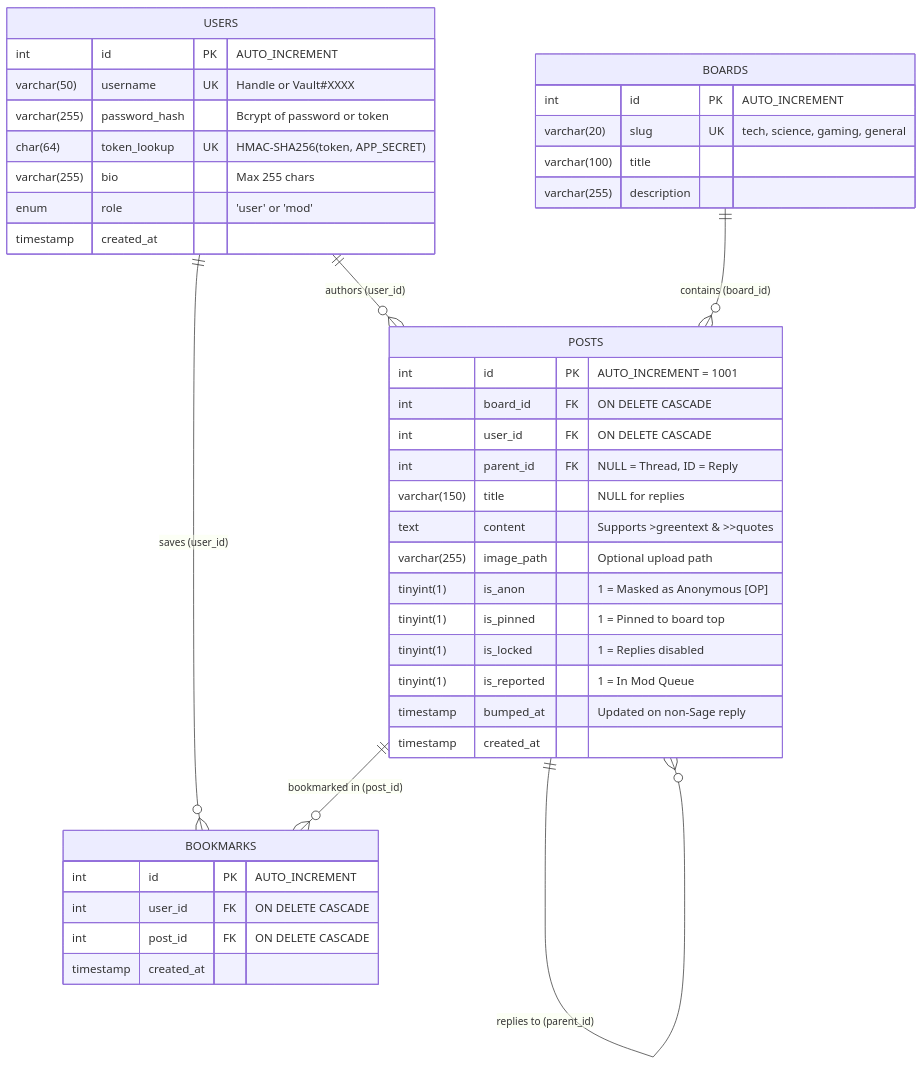
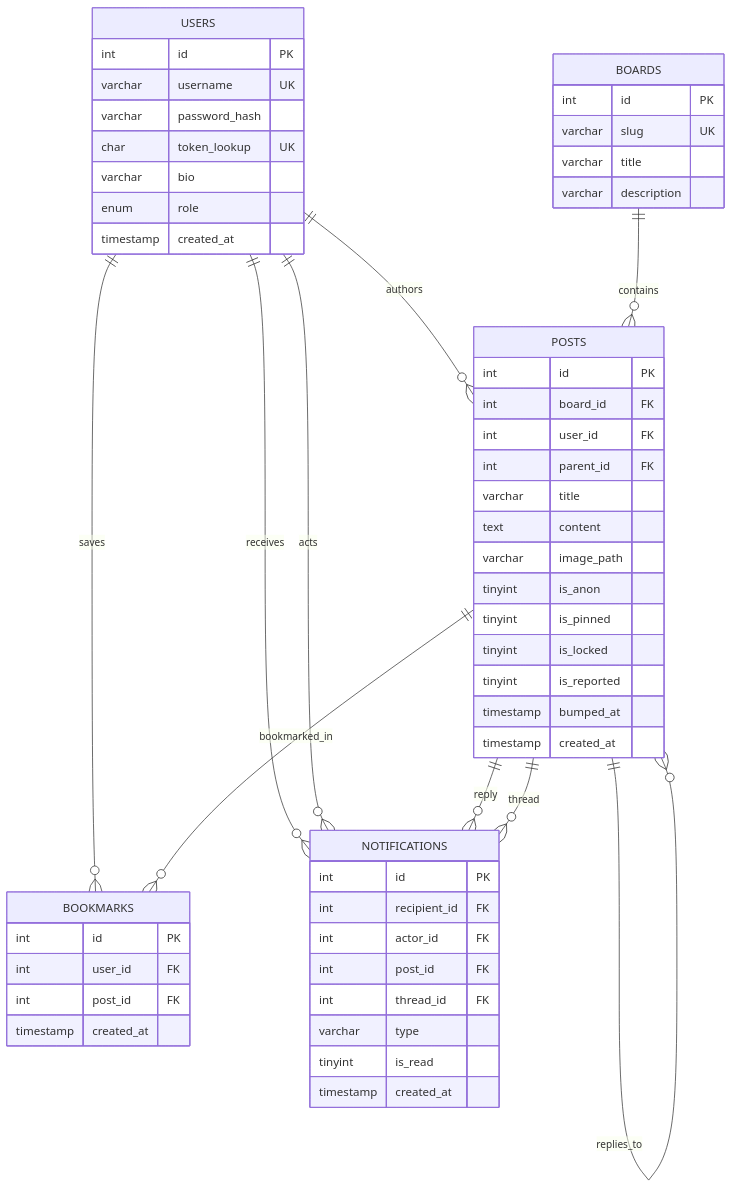
The first of 2 diagrams in ARCHITECTURE.md (AkshatWM/threadzero), drawn with Mermaid before and after one commit.

````diff
--- a/ARCHITECTURE.md
+++ b/ARCHITECTURE.md
@@ -193,48 +193,65 @@
 ```mermaid
+
 erDiagram
-    USERS ||--o{ POSTS : "authors (user_id)"
-    USERS ||--o{ BOOKMARKS : "saves (user_id)"
-    BOARDS ||--o{ POSTS : "contains (board_id)"
-    POSTS ||--o{ POSTS : "replies to (parent_id)"
-    POSTS ||--o{ BOOKMARKS : "bookmarked in (post_id)"
+    USERS ||--o{ POSTS : authors
+    USERS ||--o{ BOOKMARKS : saves
+    BOARDS ||--o{ POSTS : contains
+    POSTS ||--o{ POSTS : replies_to
+    POSTS ||--o{ BOOKMARKS : bookmarked_in
+    USERS ||--o{ NOTIFICATIONS : receives
+    USERS ||--o{ NOTIFICATIONS : acts
+    POSTS ||--o{ NOTIFICATIONS : reply
+    POSTS ||--o{ NOTIFICATIONS : thread
 
     USERS {
-        int id PK "AUTO_INCREMENT"
-        varchar(50) username UK "Handle or Vault#XXXX"
-        varchar(255) password_hash "Bcrypt of password or token"
-        char(64) token_lookup UK "HMAC-SHA256(token, APP_SECRET)"
-        varchar(255) bio "Max 255 chars"
-        enum role "'user' or 'mod'"
+        int id PK
+        varchar username UK
+        varchar password_hash
+        char token_lookup UK
+        varchar bio
+        enum role
         timestamp created_at
     }
 
     BOARDS {
-        int id PK "AUTO_INCREMENT"
-        varchar(20) slug UK "tech, science, gaming, general"
-        varchar(100) title
-        varchar(255) description
+        int id PK
+        varchar slug UK
+        varchar title
+        varchar description
     }
 
     POSTS {
-        int id PK "AUTO_INCREMENT = 1001"
-        int board_id FK "ON DELETE CASCADE"
-        int user_id FK "ON DELETE CASCADE"
-        int parent_id FK "NULL = Thread, ID = Reply"
-        varchar(150) title "NULL for replies"
-        text content "Supports >greentext & >>quotes"
-        varchar(255) image_path "Optional upload path"
-        tinyint(1) is_anon "1 = Masked as Anonymous [OP]"
-        tinyint(1) is_pinned "1 = Pinned to board top"
-        tinyint(1) is_locked "1 = Replies disabled"
-        tinyint(1) is_reported "1 = In Mod Queue"
-        timestamp bumped_at "Updated on non-Sage reply"
+        int id PK
+        int board_id FK
+        int user_id FK
+        int parent_id FK
+        varchar title
+        text content
+        varchar image_path
+        tinyint is_anon
+        tinyint is_pinned
+        tinyint is_locked
+        tinyint is_reported
+        timestamp bumped_at
         timestamp created_at
     }
 
     BOOKMARKS {
-        int id PK "AUTO_INCREMENT"
-        int user_id FK "ON DELETE CASCADE"
-        int post_id FK "ON DELETE CASCADE"
+        int id PK
+        int user_id FK
+        int post_id FK
         timestamp created_at
     }
+
+    NOTIFICATIONS {
+        int id PK
+        int recipient_id FK
+        int actor_id FK
+        int post_id FK
+        int thread_id FK
+        varchar type
+        tinyint is_read
+        timestamp created_at
+    }
+
 ```
````
